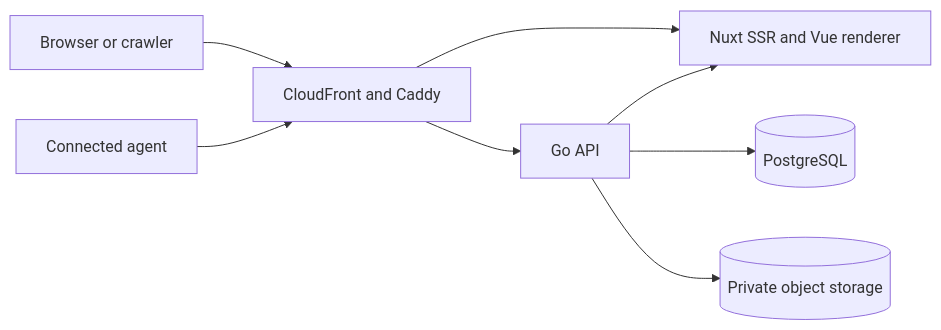
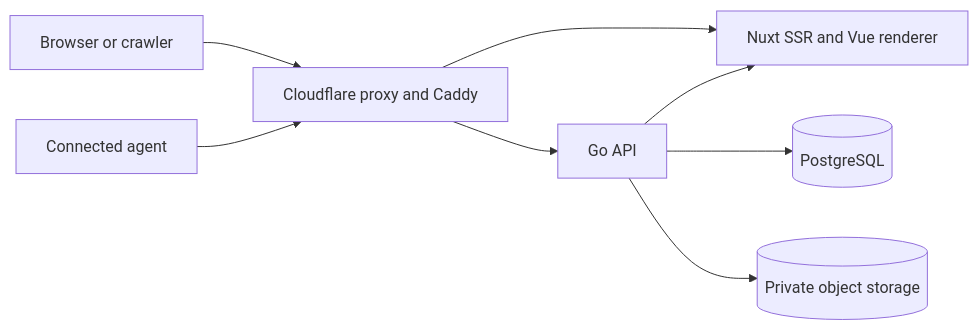
One commit to dannyota/aboutme changed the diagram in docs/design/README.md. Above: the diagram before and after it, drawn with Mermaid. The commit also changed other lines of this file and 15 other files, not shown here.

````diff
--- a/docs/design/README.md
+++ b/docs/design/README.md
@@ -41,10 +41,10 @@
 ```mermaid
 graph LR
-    B[Browser or crawler] --> C[CloudFront and Caddy]
+    B[Browser or crawler] --> C[Cloudflare proxy and Caddy]
     A[Connected agent] --> C
     C --> N[Nuxt SSR and Vue renderer]
     C --> G[Go API]
     G --> P[(PostgreSQL)]
     G --> S[(Private object storage)]
     G --> N
 ```
````
